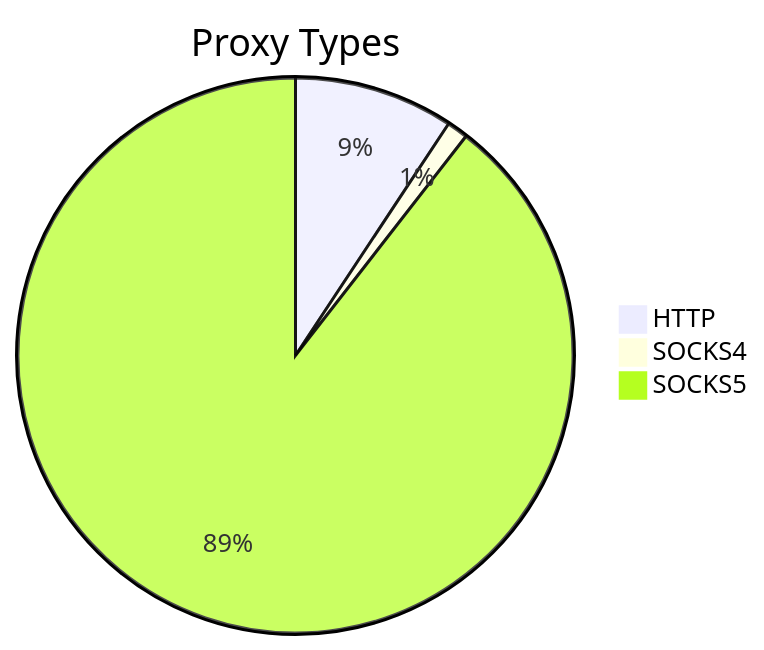
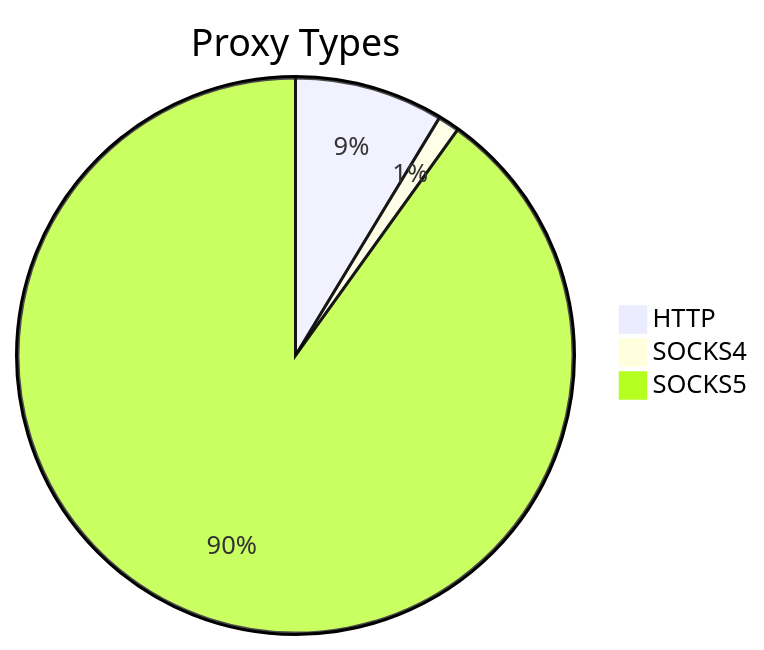
The first of 2 diagrams in README.md (stormsia/proxy-list), drawn with Mermaid before and after one commit. The commit also changed other lines of this file, not shown here.

````diff
--- a/README.md
+++ b/README.md
@@ -21,6 +21,6 @@
 ```mermaid
 pie title Proxy Types
-    "HTTP" : 348
-    "SOCKS4" : 46
-    "SOCKS5" : 3351
+    "HTTP" : 306
+    "SOCKS4" : 44
+    "SOCKS5" : 3181
 ```
````
